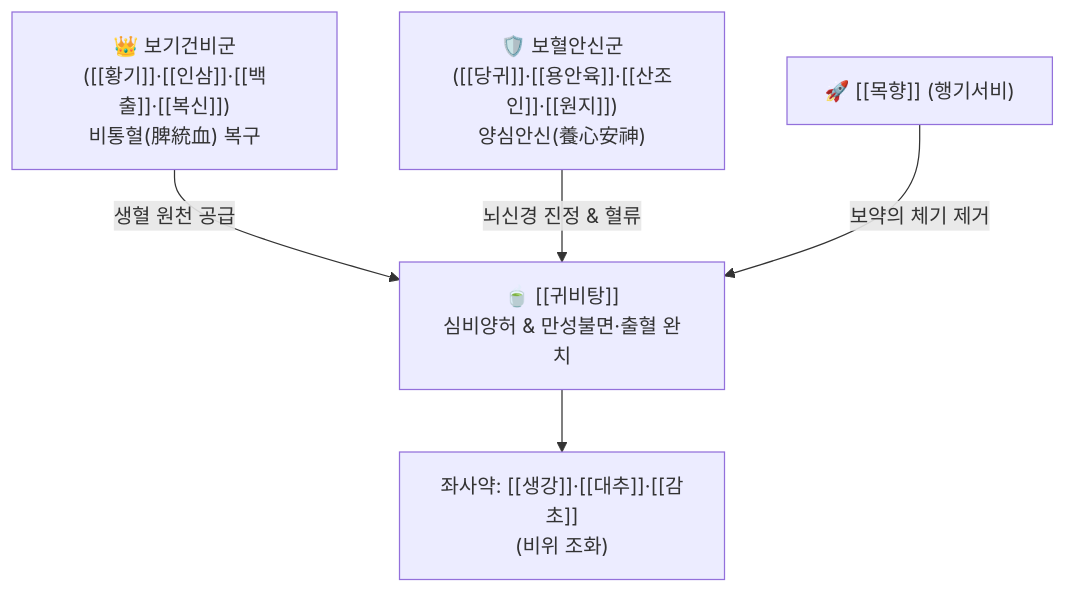
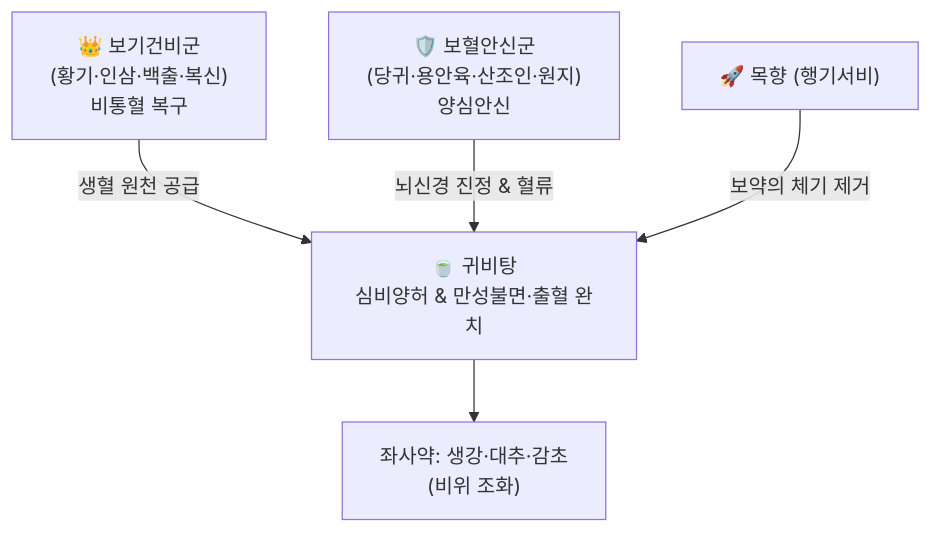
Before and after one commit to simbio11/simbio-digital-garden2: the diagram in content/2. 약리 공부/처방/02_보익제/귀비탕.md, drawn with Mermaid. The commit also changed other lines of this file and 323 other files, not shown here.

````diff
--- a/content/2. 약리 공부/처방/02_보익제/귀비탕.md
+++ b/content/2. 약리 공부/처방/02_보익제/귀비탕.md
@@ -60,7 +62,7 @@
 ```mermaid
 graph TD
-    HQIS["👑 보기건비군<br>([[황기]]·[[인삼]]·[[백출]]·[[복신]])<br>비통혈(脾統血) 복구"] -->|생혈 원천 공급| TOTAL["🍵 [[귀비탕]]<br>심비양허 & 만성불면·출혈 완치"]
-    DGYA["🛡️ 보혈안신군<br>([[당귀]]·[[용안육]]·[[산조인]]·[[원지]])<br>양심안신(養心安神)"] -->|뇌신경 진정 & 혈류| TOTAL
-    MX["🚀 [[목향]] (행기서비)"] -->|보약의 체기 제거| TOTAL
-    TOTAL --> SGDZ["좌사약: [[생강]]·[[대추]]·[[감초]]<br>(비위 조화)"]
+    HQIS["👑 보기건비군<br>(황기·인삼·백출·복신)<br>비통혈 복구"] -->|생혈 원천 공급| TOTAL["🍵 귀비탕<br>심비양허 & 만성불면·출혈 완치"]
+    DGYA["🛡️ 보혈안신군<br>(당귀·용안육·산조인·원지)<br>양심안신"] -->|뇌신경 진정 & 혈류| TOTAL
+    MX["🚀 목향 (행기서비)"] -->|보약의 체기 제거| TOTAL
+    TOTAL --> SGDZ["좌사약: 생강·대추·감초<br>(비위 조화)"]
 ```
````
